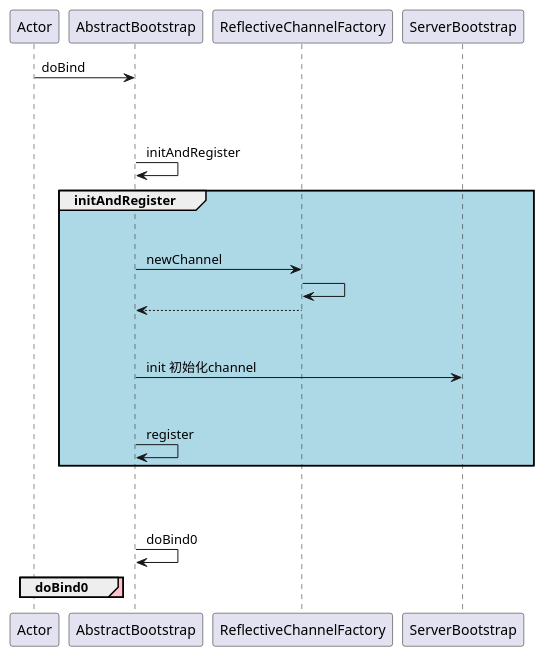
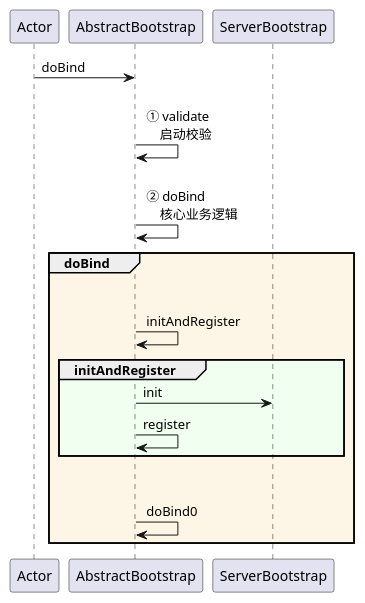
The diagram in puml/xxxxx-ServerBootstrap#启动过程.puml (Simba-cheng/netty), drawn with PlantUML before and after one commit. The commit also changed 1 other file, not shown here.

Commit message:
refactor(code): 源码添加注释、流程图、类图

```diff
--- a/puml/xxxxx-ServerBootstrap#启动过程.puml
+++ b/puml/xxxxx-ServerBootstrap#启动过程.puml
@@ -1,26 +1,41 @@
 @startuml
-participant Actor
 
 Actor -> AbstractBootstrap: doBind
 
-AbstractBootstrap -> AbstractBootstrap: \n\n\n initAndRegister
-    group  #LightBlue initAndRegister
-        AbstractBootstrap -> ReflectiveChannelFactory: \n\n newChannel
-        ReflectiveChannelFactory -> ReflectiveChannelFactory:
-        ReflectiveChannelFactory --> AbstractBootstrap:
+AbstractBootstrap -> AbstractBootstrap: \n ① validate \n     启动校验
 
-        AbstractBootstrap -> ServerBootstrap: \n\n init 初始化channel
+AbstractBootstrap -> AbstractBootstrap: \n ② doBind \n     核心业务逻辑
 
-        AbstractBootstrap -> AbstractBootstrap: \n\n register
+    group #FDF5E6 doBind
+        AbstractBootstrap -> AbstractBootstrap: \n\n initAndRegister
+
+            group #F0FFF0 initAndRegister
+
+            AbstractBootstrap -> ServerBootstrap: init
+            AbstractBootstrap -> AbstractBootstrap: register
+
+            end
+
+        AbstractBootstrap -> AbstractBootstrap: \n\n doBind0
     end
 
-
-AbstractBootstrap -> AbstractBootstrap: \n\n\n doBind0
-    group #Pink doBind0
-
-    end
-
+'AbstractBootstrap -> AbstractBootstrap: \n\n\n initAndRegister
+'    group  #LightBlue initAndRegister
+'        AbstractBootstrap -> ReflectiveChannelFactory: \n\n newChannel
+'        ReflectiveChannelFactory --> AbstractBootstrap:
+'
+'        AbstractBootstrap -> ServerBootstrap: \n\n init 初始化channel
+'
+'        AbstractBootstrap -> AbstractBootstrap: \n\n register
+'    end
+'
+'
+'AbstractBootstrap -> AbstractBootstrap: \n\n\n doBind0
+'    group #Pink doBind0
+'
+'    end
+'
 
 
 
 @enduml
```
